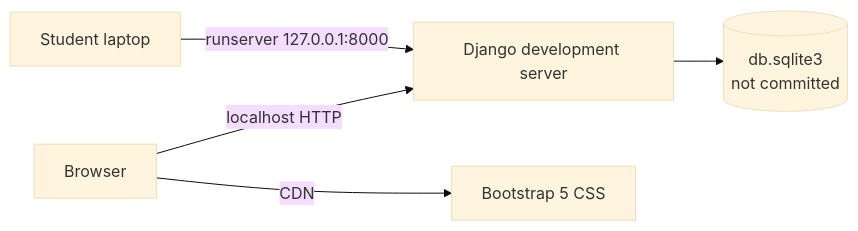
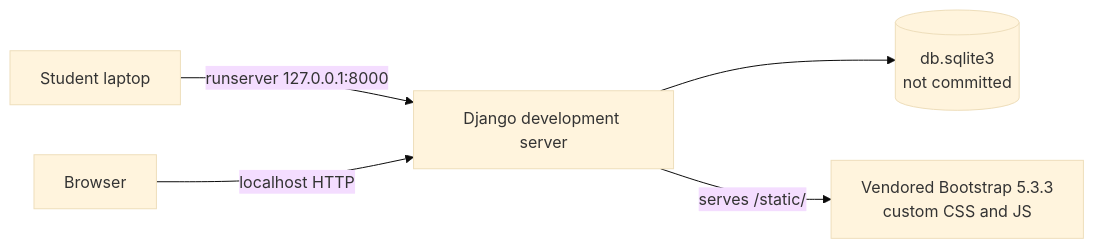
One commit to ehmjhn/Campus_Equipment_Borrowing_and_Inventory_System changed the second of 3 diagrams in docs/02_system_design.md. Above: the diagram before and after it, drawn with Mermaid (base theme). The commit also changed other lines of this file and 46 other files, not shown here.

````diff
--- a/docs/02_system_design.md
+++ b/docs/02_system_design.md
@@ -23,7 +23,7 @@
 ```mermaid
 flowchart LR
     Dev[Student laptop] -->|runserver 127.0.0.1:8000| Django[Django development server]
     Django --> SQLite[(db.sqlite3<br/>not committed)]
     Browser[Browser] -->|localhost HTTP| Django
-    Browser -->|CDN| Bootstrap[Bootstrap 5 CSS]
+    Django -->|serves /static/| Assets[Vendored Bootstrap 5.3.3<br/>custom CSS and JS]
 ```
````
